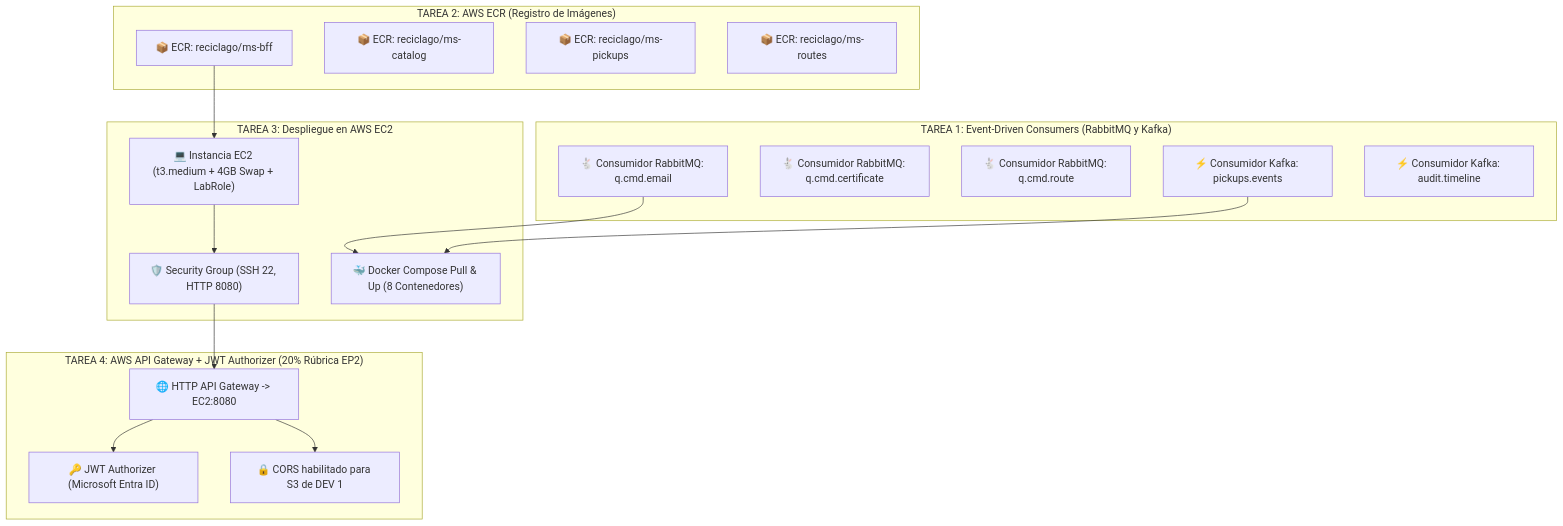
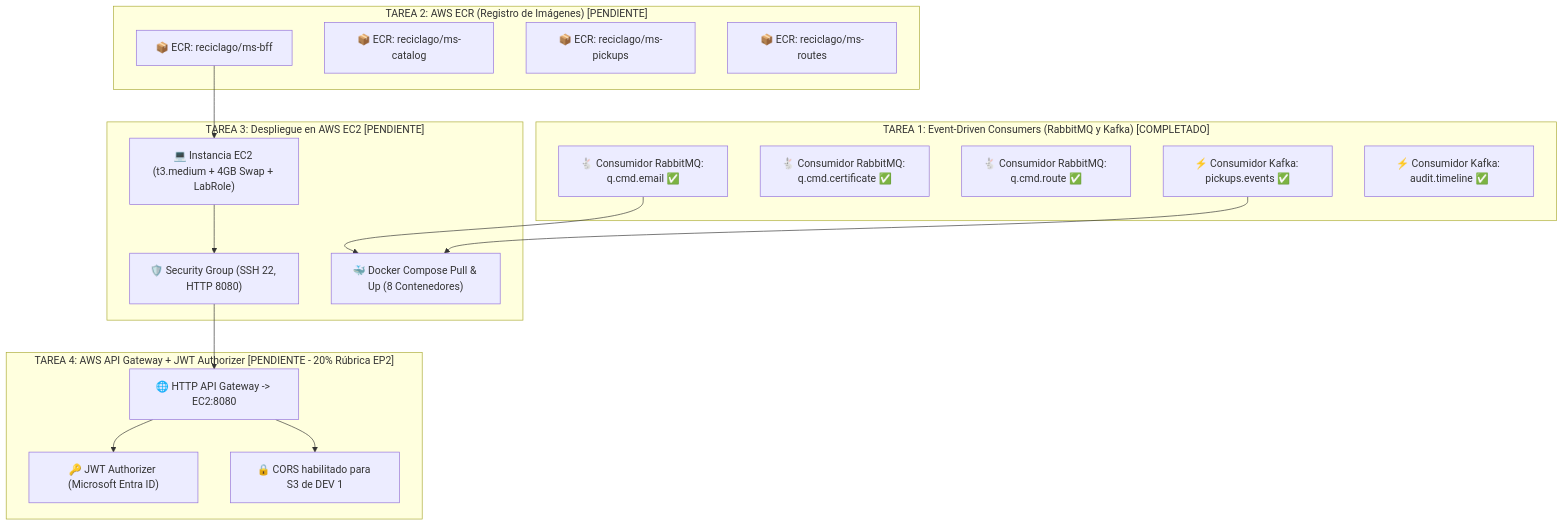
The diagram in ruta_trabajo.md (kr0zapps/reciclago-cloud-nativo), drawn with Mermaid before and after one commit. The commit also changed other lines of this file, not shown here.

````diff
--- a/ruta_trabajo.md
+++ b/ruta_trabajo.md
@@ -26,36 +30,36 @@
 ```mermaid
 graph TD
-    subgraph "TAREA 1: Event-Driven Consumers (RabbitMQ y Kafka)"
-        R1["🐇 Consumidor RabbitMQ: q.cmd.email"]
-        R2["🐇 Consumidor RabbitMQ: q.cmd.certificate"]
-        R3["🐇 Consumidor RabbitMQ: q.cmd.route"]
-        K1["⚡ Consumidor Kafka: pickups.events"]
-        K2["⚡ Consumidor Kafka: audit.timeline"]
+    subgraph "TAREA 1: Event-Driven Consumers (RabbitMQ y Kafka) [COMPLETADO]"
+        R1["🐇 Consumidor RabbitMQ: q.cmd.email ✅"]
+        R2["🐇 Consumidor RabbitMQ: q.cmd.certificate ✅"]
+        R3["🐇 Consumidor RabbitMQ: q.cmd.route ✅"]
+        K1["⚡ Consumidor Kafka: pickups.events ✅"]
+        K2["⚡ Consumidor Kafka: audit.timeline ✅"]
     end
 
-    subgraph "TAREA 2: AWS ECR (Registro de Imágenes)"
+    subgraph "TAREA 2: AWS ECR (Registro de Imágenes) [PENDIENTE]"
         ECR1["📦 ECR: reciclago/ms-bff"]
         ECR2["📦 ECR: reciclago/ms-catalog"]
         ECR3["📦 ECR: reciclago/ms-pickups"]
         ECR4["📦 ECR: reciclago/ms-routes"]
     end
 
-    subgraph "TAREA 3: Despliegue en AWS EC2"
+    subgraph "TAREA 3: Despliegue en AWS EC2 [PENDIENTE]"
         EC2["💻 Instancia EC2 (t3.medium + 4GB Swap + LabRole)"]
         SG["🛡️ Security Group (SSH 22, HTTP 8080)"]
         DC["🐳 Docker Compose Pull & Up (8 Contenedores)"]
     end
 
-    subgraph "TAREA 4: AWS API Gateway + JWT Authorizer (20% Rúbrica EP2)"
+    subgraph "TAREA 4: AWS API Gateway + JWT Authorizer [PENDIENTE - 20% Rúbrica EP2]"
         APIGW["🌐 HTTP API Gateway -> EC2:8080"]
         AUTH["🔑 JWT Authorizer (Microsoft Entra ID)"]
         CORS["🔒 CORS habilitado para S3 de DEV 1"]
     end
 
     R1 --> DC
     K1 --> DC
     ECR1 --> EC2
     EC2 --> SG --> APIGW
     APIGW --> AUTH
     APIGW --> CORS
 ```
````
